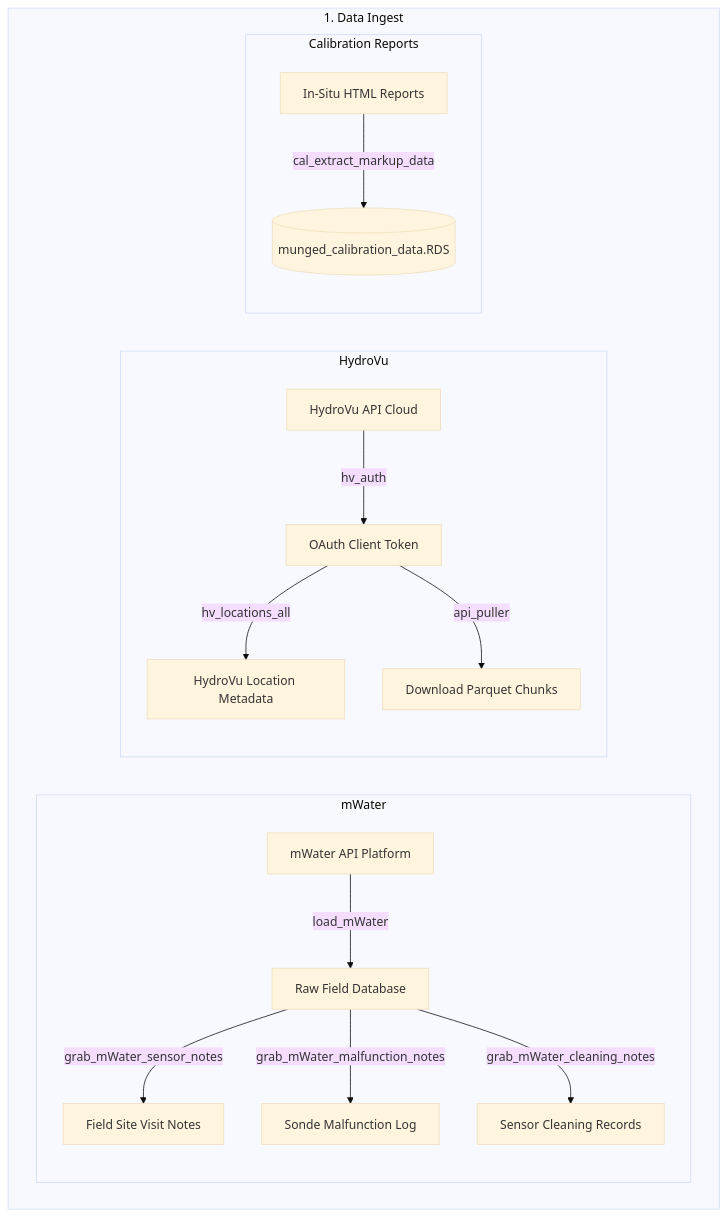
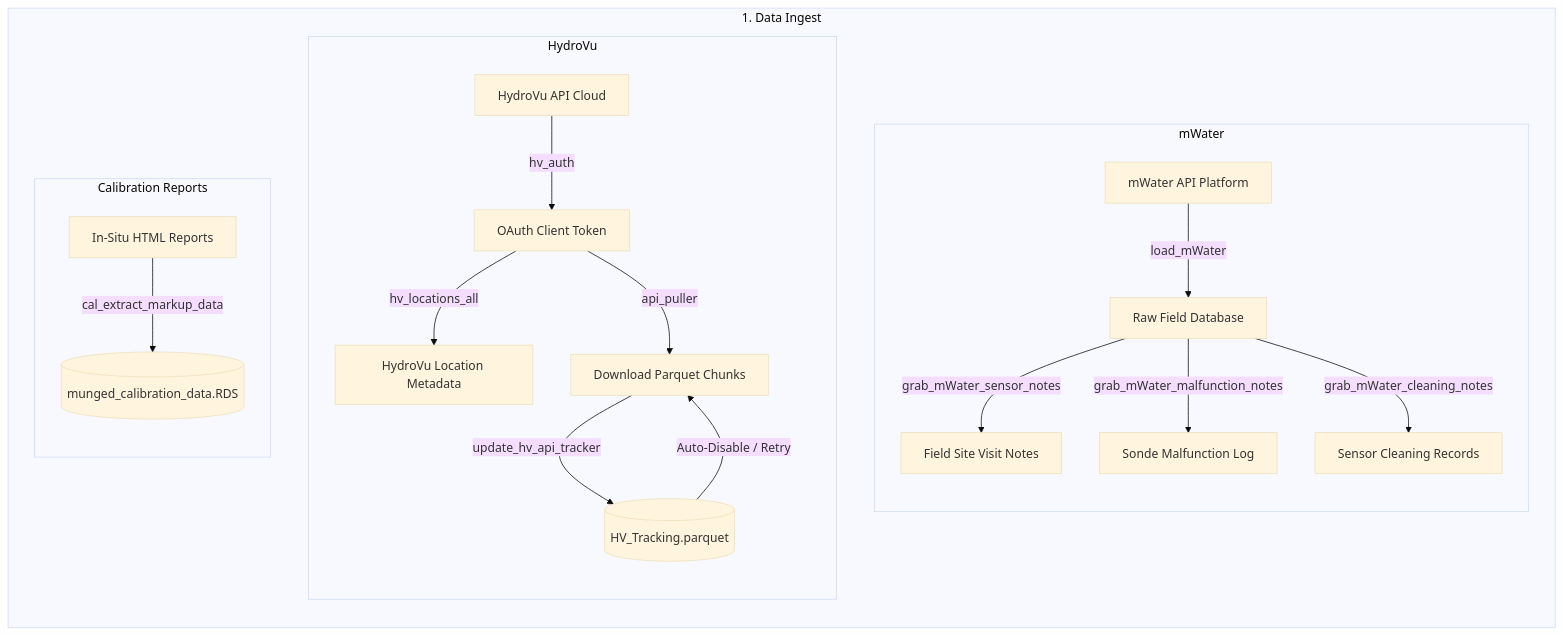
One commit to danny-duncan/ross.wq.tools changed the first of 6 diagrams in README.md. Above: the diagram before and after it, drawn with Mermaid (base theme). The commit also changed other lines of this file, not shown here.

First line of the commit message:
Revision of mermaid flowchart for visual clarity

````diff
--- a/README.md
+++ b/README.md
@@ -3,22 +7,25 @@
 ```mermaid
-flowchart TD
+flowchart LR
 	subgraph 1. Data Ingest
 		subgraph mWater
-			direction TB
+			direction TD
 			API_MW[mWater API Platform] -->|load_mWater| MW_Raw[Raw Field Database]
-	    MW_Raw -->|grab_mWater_sensor_notes| Notes_Visit[Field Site Visit Notes]
-	    MW_Raw -->|grab_mWater_malfunction_notes| Notes_Mal[Sonde Malfunction Log]
-	    MW_Raw -->|grab_mWater_cleaning_notes| Notes_Clean[Sensor Cleaning Records]
-	  end
-	  subgraph HydroVu
-		  direction TB
-		  API_HV[HydroVu API Cloud] -->|hv_auth| OAuth[OAuth Client Token]
+			MW_Raw -->|grab_mWater_sensor_notes| Notes_Visit[Field Site Visit Notes]
+			MW_Raw -->|grab_mWater_malfunction_notes| Notes_Mal[Sonde Malfunction Log]
+			MW_Raw -->|grab_mWater_cleaning_notes| Notes_Clean[Sensor Cleaning Records]
+		end
+		subgraph HydroVu
+			direction TD
+			API_HV[HydroVu API Cloud] -->|hv_auth| OAuth[OAuth Client Token]
 			OAuth -->|hv_locations_all| HV_Sites[HydroVu Location Metadata]
 			OAuth -->|api_puller| Pull_API[Download Parquet Chunks]
+        	Pull_API -->|update_hv_api_tracker| Tracker_File[(HV_Tracking.parquet)]
+        	Tracker_File -->|Auto-Disable / Retry| Pull_API
 		end
 		subgraph Calibration Reports
-			direction TB
+			direction TD
 			Cal_Logs[In-Situ HTML Reports] -->|cal_extract_markup_data| Cal_Collate[(munged_calibration_data.RDS)]
 		end
-	end 
+	end
+
 ```
````
